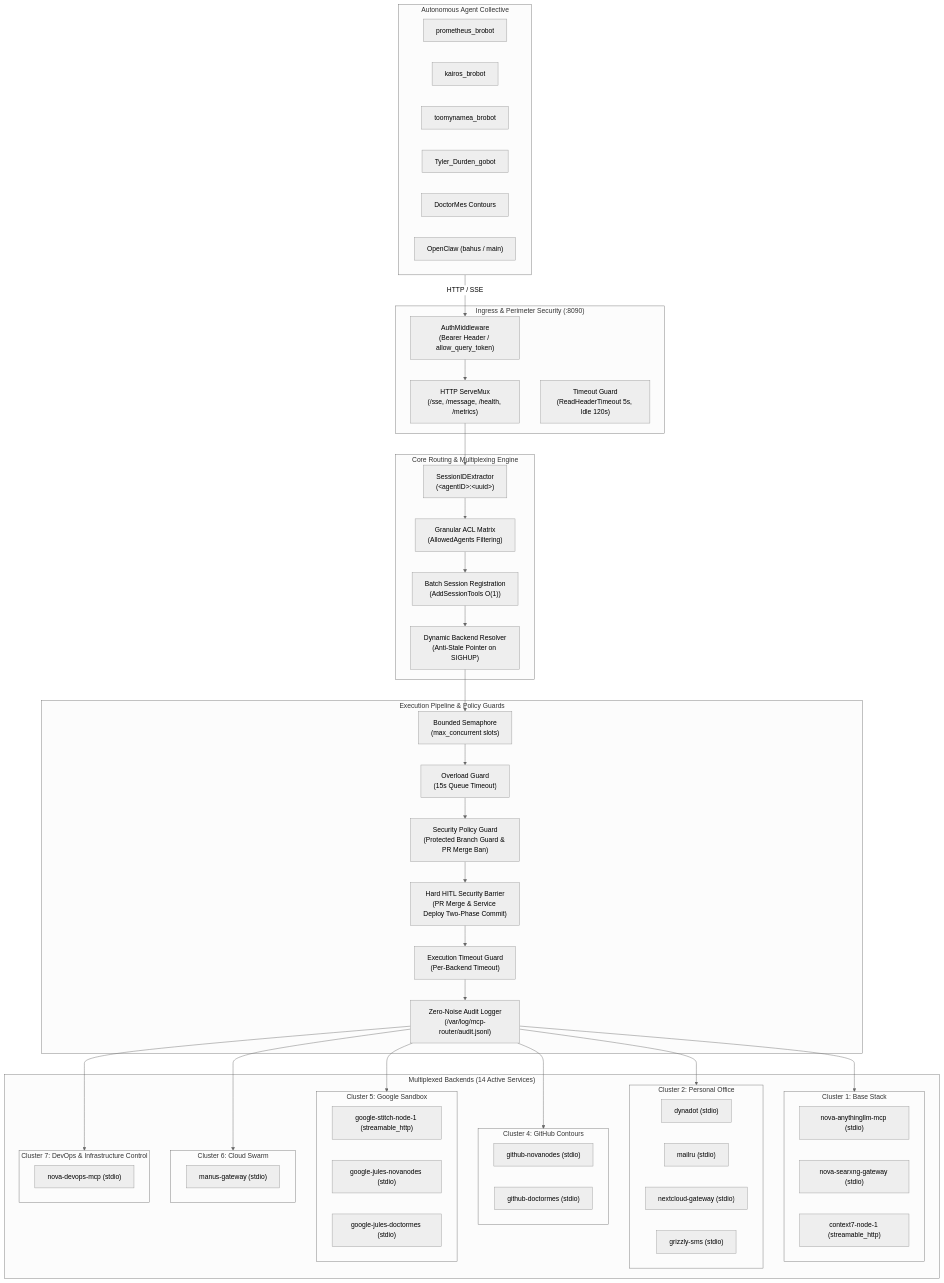
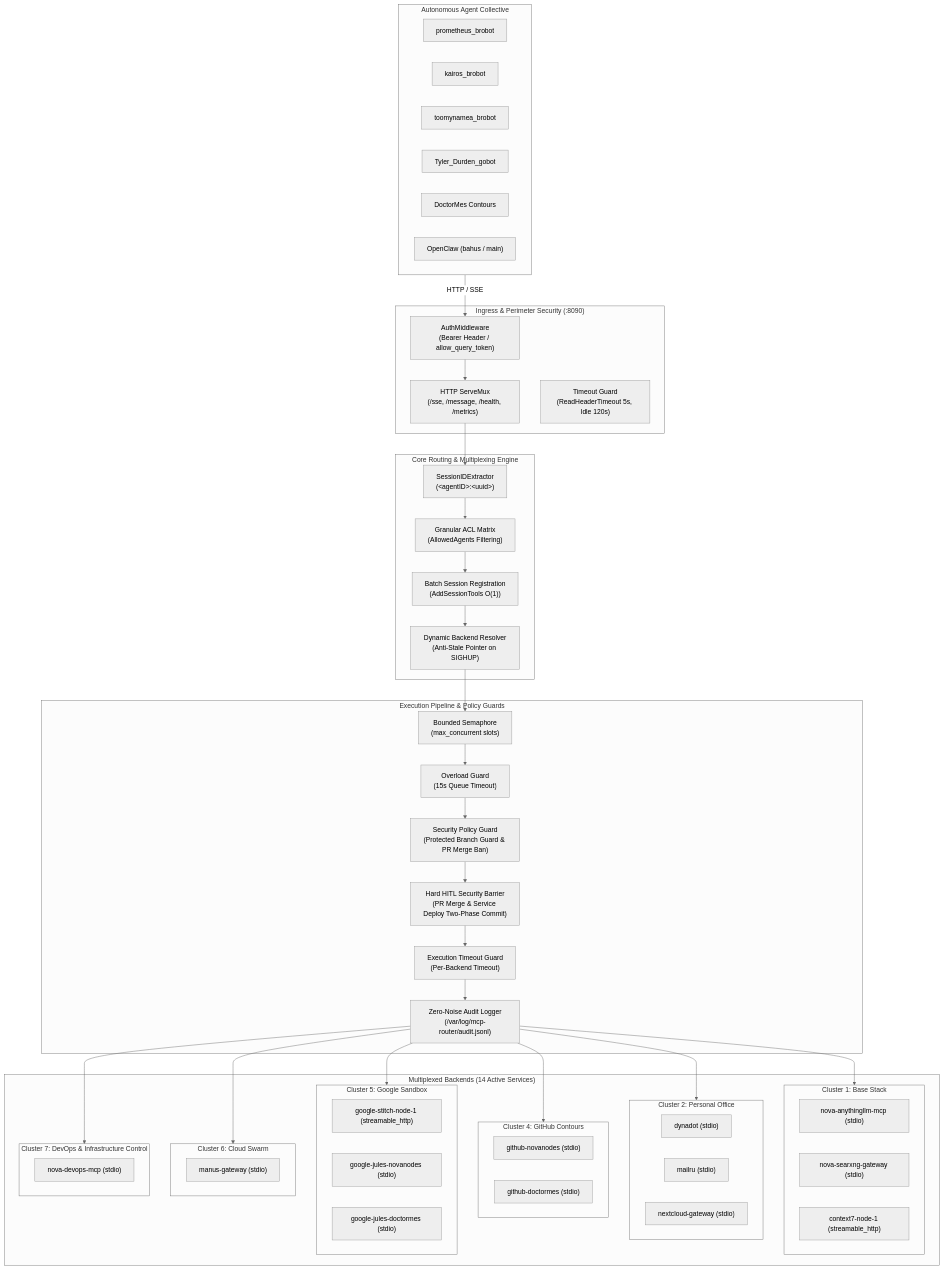
Before and after one commit to TheNovaNodes/mcp-router: the diagram in ARCHITECTURE.md, drawn with Mermaid (neutral theme). The commit also changed 3 other files, not shown here.

Commit message:
feat(acl): decommission grizzly-sms MCP backend and update office topology

````diff
--- a/ARCHITECTURE.md
+++ b/ARCHITECTURE.md
@@ -9,76 +9,75 @@
 ```mermaid
 flowchart TD
     subgraph Agents["Autonomous Agent Collective"]
         A1["prometheus_brobot"]
         A2["kairos_brobot"]
         A3["toomynamea_brobot"]
         A4["Tyler_Durden_gobot"]
         A5["DoctorMes Contours"]
         A6["OpenClaw (bahus / main)"]
     end
 
     subgraph Ingress["Ingress & Perimeter Security (:8090)"]
         AUTH["AuthMiddleware<br/>(Bearer Header / allow_query_token)"]
         ROUTER["HTTP ServeMux<br/>(/sse, /message, /health, /metrics)"]
         DOS["Timeout Guard<br/>(ReadHeaderTimeout 5s, Idle 120s)"]
     end
 
     subgraph Engine["Core Routing & Multiplexing Engine"]
         EXTRACT["SessionIDExtractor<br/>(&lt;agentID&gt;:&lt;uuid&gt;)"]
         ACL["Granular ACL Matrix<br/>(AllowedAgents Filtering)"]
         BATCH["Batch Session Registration<br/>(AddSessionTools O(1))"]
         DYNAMIC["Dynamic Backend Resolver<br/>(Anti-Stale Pointer on SIGHUP)"]
     end
 
     subgraph Guards["Execution Pipeline & Policy Guards"]
         SEM["Bounded Semaphore<br/>(max_concurrent slots)"]
         OVERLOAD["Overload Guard<br/>(15s Queue Timeout)"]
         BRANCH_GUARD["Security Policy Guard<br/>(Protected Branch Guard & PR Merge Ban)"]
         HITL_GUARD["Hard HITL Security Barrier<br/>(PR Merge & Service Deploy Two-Phase Commit)"]
         TIMEOUT["Execution Timeout Guard<br/>(Per-Backend Timeout)"]
         AUDIT["Zero-Noise Audit Logger<br/>(/var/log/mcp-router/audit.jsonl)"]
     end
 
     subgraph Backends["Multiplexed Backends (14 Active Services)"]
         subgraph C1["Cluster 1: Base Stack"]
             B_ALM["nova-anythingllm-mcp (stdio)"]
             B_SEARX["nova-searxng-gateway (stdio)"]
             B_CTX7["context7-node-1 (streamable_http)"]
         end
         subgraph C2["Cluster 2: Personal Office"]
             B_DYNA["dynadot (stdio)"]
             B_MAIL["mailru (stdio)"]
             B_NC_GW["nextcloud-gateway (stdio)"]
-            B_GRIZZLY["grizzly-sms (stdio)"]
         end
         subgraph C4["Cluster 4: GitHub Contours"]
             B_GH_NOVA["github-novanodes (stdio)"]
             B_GH_DOC["github-doctormes (stdio)"]
         end
         subgraph C5["Cluster 5: Google Sandbox"]
             B_STITCH["google-stitch-node-1 (streamable_http)"]
             B_JULES_NOVA["google-jules-novanodes (stdio)"]
             B_JULES_DOC["google-jules-doctormes (stdio)"]
         end
         subgraph C6["Cluster 6: Cloud Swarm"]
             B_MANUS["manus-gateway (stdio)"]
         end
         subgraph C7["Cluster 7: DevOps & Infrastructure Control"]
             B_DEVOPS["nova-devops-mcp (stdio)"]
         end
     end
 
     Agents -->|HTTP / SSE| AUTH
     AUTH --> ROUTER
     ROUTER --> EXTRACT
     EXTRACT --> ACL
     ACL --> BATCH
     BATCH --> DYNAMIC
     DYNAMIC --> SEM
     SEM --> OVERLOAD
     OVERLOAD --> BRANCH_GUARD
     BRANCH_GUARD --> HITL_GUARD
     HITL_GUARD --> TIMEOUT
     TIMEOUT --> AUDIT
     AUDIT --> C1 & C2 & C4 & C5 & C6 & C7
 ```
````
